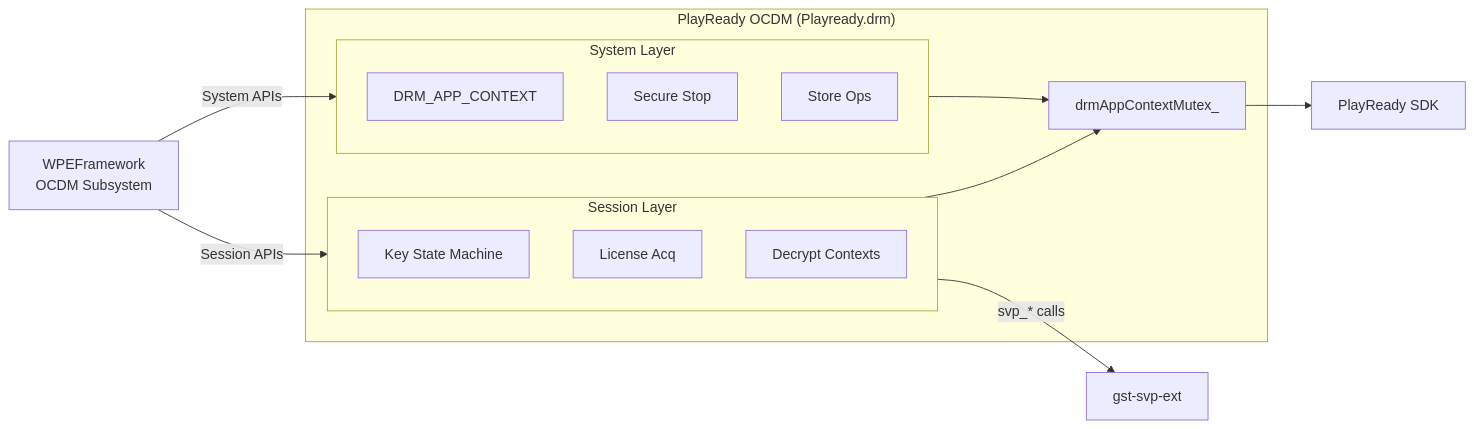
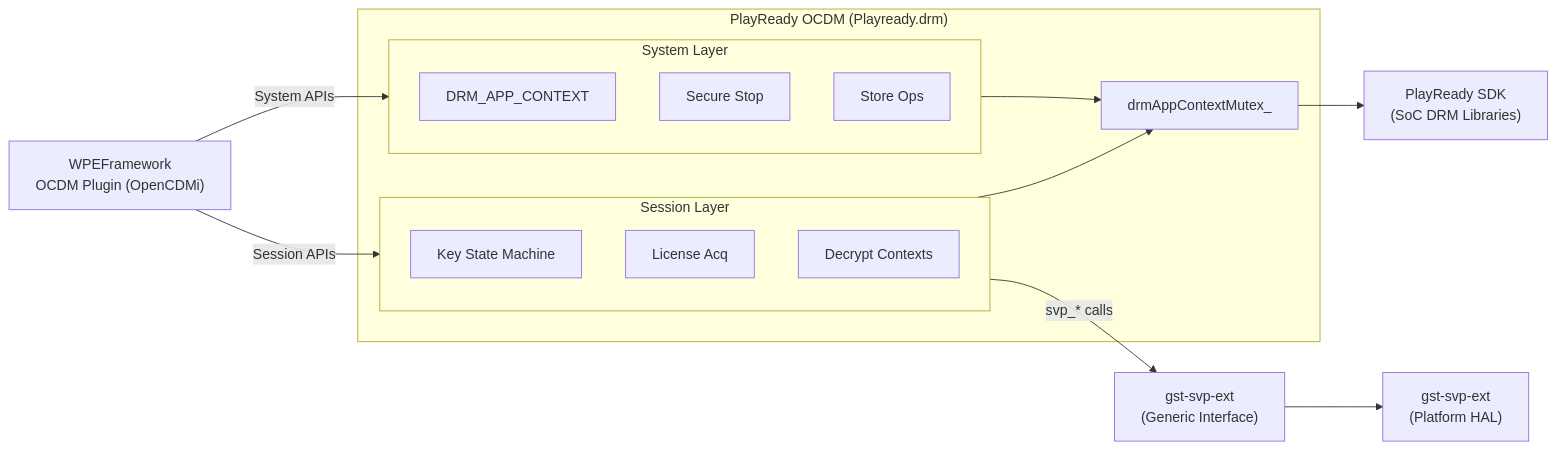
One commit to rns21/RDK_Documentation changed the second of 8 diagrams in docs/docu/RDKV-Documentations/playready-ocdm.md. Above: the diagram before and after it, drawn with Mermaid. The commit also changed other lines of this file, not shown here.

First line of the commit message:
Revise PlayReady OCDM documentation

````diff
--- a/docs/docu/RDKV-Documentations/playready-ocdm.md
+++ b/docs/docu/RDKV-Documentations/playready-ocdm.md
@@ -66,29 +68,31 @@
 ```mermaid
 graph LR
 
-    OCDM["WPEFramework\nOCDM Subsystem"]
+    OCDM["WPEFramework\nOCDM Plugin (OpenCDMi)"]
 
-    subgraph Plugin["PlayReady OCDM (Playready.drm)"]
+    subgraph Component["PlayReady OCDM (Playready.drm)"]
         subgraph SysL["System Layer"]
             SysCtx["DRM_APP_CONTEXT"]
             SecStop["Secure Stop"]
             StoreOps["Store Ops"]
         end
         Mutex["drmAppContextMutex_"]
         subgraph SessL["Session Layer"]
             KeySM["Key State Machine"]
             LicAcq["License Acq"]
             DecCtx["Decrypt Contexts"]
         end
     end
 
-    PRSDK["PlayReady SDK"]
-    SVP["gst-svp-ext"]
+    PlayReadySDK["PlayReady SDK\n(SoC DRM Libraries)"]
+    SvpGeneric["gst-svp-ext\n(Generic Interface)"]
+    SvpHAL["gst-svp-ext\n(Platform HAL)"]
+    SvpGeneric --> SvpHAL
 
     OCDM -->|"System APIs"| SysL
     OCDM -->|"Session APIs"| SessL
     SysL --> Mutex
     SessL --> Mutex
-    Mutex --> PRSDK
-    SessL -->|"svp_* calls"| SVP
+    Mutex --> PlayReadySDK
+    SessL -->|"svp_* calls"| SvpGeneric
 ```
````
